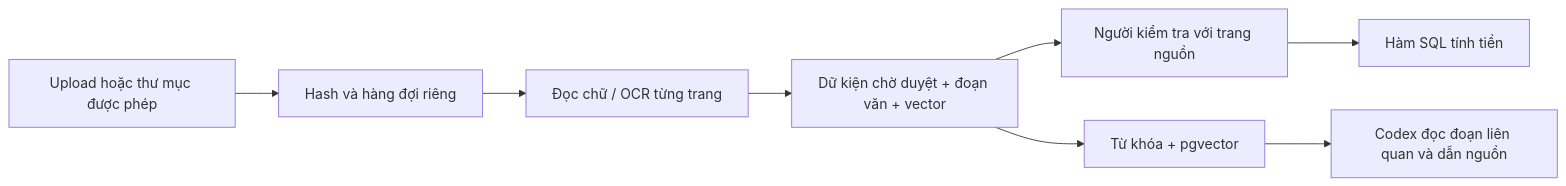
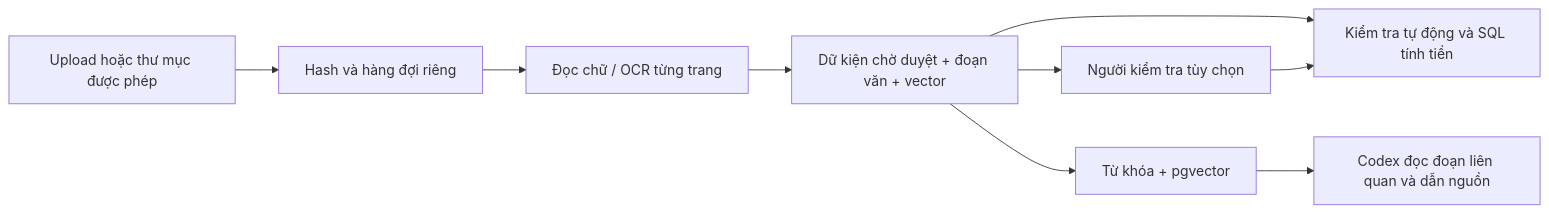
The diagram in quan-ly-nhan-su/docs/DOCUMENT_KNOWLEDGE.md (quantrinhansu123/Duanthanhphat), drawn with Mermaid before and after one commit. The commit also changed other lines of this file and 17 other files, not shown here.

````diff
--- a/quan-ly-nhan-su/docs/DOCUMENT_KNOWLEDGE.md
+++ b/quan-ly-nhan-su/docs/DOCUMENT_KNOWLEDGE.md
@@ -16,10 +18,11 @@
 ```mermaid
 flowchart LR
     A[Upload hoặc thư mục được phép] --> B[Hash và hàng đợi riêng]
     B --> C[Đọc chữ / OCR từng trang]
     C --> D[Dữ kiện chờ duyệt + đoạn văn + vector]
-    D --> E[Người kiểm tra với trang nguồn]
-    E --> F[Hàm SQL tính tiền]
+    D --> F[Kiểm tra tự động và SQL tính tiền]
+    D --> E[Người kiểm tra tùy chọn]
+    E --> F
     D --> G[Từ khóa + pgvector]
     G --> H[Codex đọc đoạn liên quan và dẫn nguồn]
 ```
````
